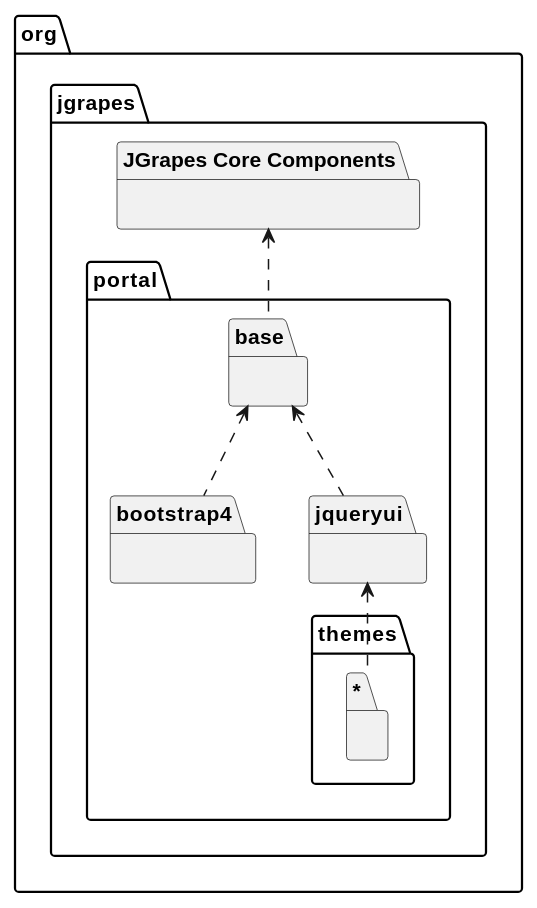
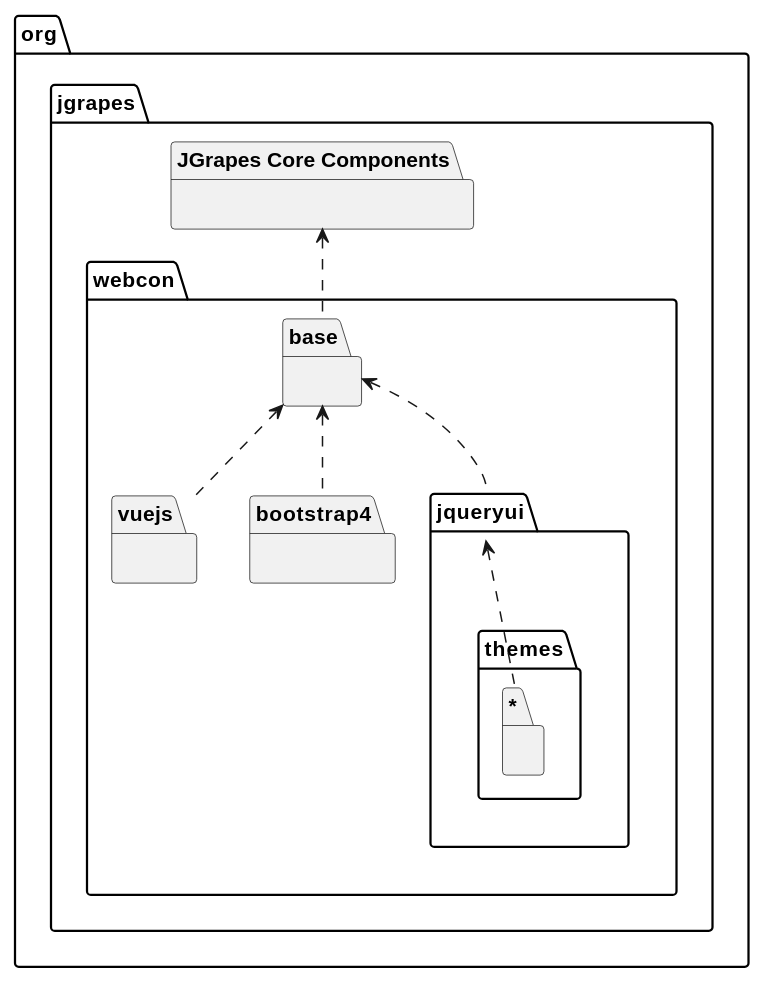
Before and after one commit to mnlipp/jgrapes-webconsole: the diagram in overview.md, drawn with PlantUML. The commit also changed other lines of this file and 1009 other files, not shown here.

```diff
--- a/overview.md
+++ b/overview.md
@@ -16,26 +16,30 @@
 @startuml package-hierarchy.svg
 skinparam svgLinkTarget _parent
 
 package org.jgrapes {
     package "JGrapes Core Components" {
     }
 
-    package org.jgrapes.portal.base [[org/jgrapes/portal/base/package-summary.html#package.description]] {
+    package org.jgrapes.webcon.base [[org/jgrapes/webcon/base/package-summary.html#package.description]] {
     }
 
-    package org.jgrapes.portal.bootstrap4 [[org/jgrapes/portal/bootstrap4/package-summary.html#package.description]] {
+    package org.jgrapes.webcon.vuejs [[org/jgrapes/webcon/vuejs/package-summary.html#package.description]] {
     }
 
-    package org.jgrapes.portal.jqueryui [[org/jgrapes/portal/jqueryui/package-summary.html#package.description]] {
+    package org.jgrapes.webcon.bootstrap4 [[org/jgrapes/webcon/bootstrap4/package-summary.html#package.description]] {
     }
 
-    package "org.jgrapes.portal.themes.*" {
+    package org.jgrapes.webcon.jqueryui [[org/jgrapes/webcon/jqueryui/package-summary.html#package.description]] {
+    }
+
+    package "org.jgrapes.webcon.jqueryui.themes.*" {
     }
 }
 
-"JGrapes Core Components" <.. org.jgrapes.portal.base
-org.jgrapes.portal.base <.. "org.jgrapes.portal.jqueryui"
-org.jgrapes.portal.jqueryui <.. "org.jgrapes.portal.themes.*"
-org.jgrapes.portal.base <.. "org.jgrapes.portal.bootstrap4"
+"JGrapes Core Components" <.. org.jgrapes.webcon.base
+org.jgrapes.webcon.base <.. "org.jgrapes.webcon.jqueryui"
+org.jgrapes.webcon.jqueryui <.. "org.jgrapes.webcon.jqueryui.themes.*"
+org.jgrapes.webcon.base <.. "org.jgrapes.webcon.bootstrap4"
+org.jgrapes.webcon.base <.. "org.jgrapes.webcon.vuejs"
 
 @enduml
```
